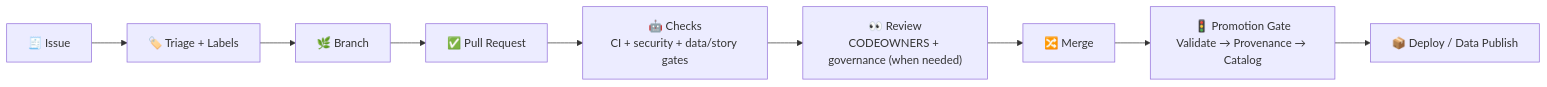
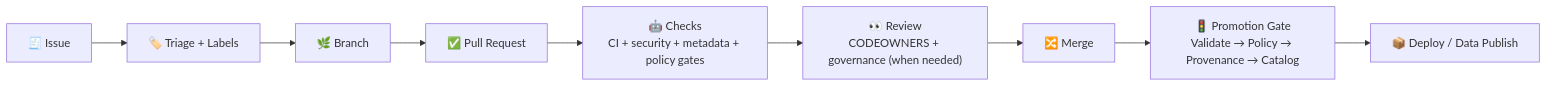
Before and after one commit to bartytime4life/Kansas-Frontier-Matrix: the second of 3 diagrams in .github/README.md, drawn with Mermaid. The commit also changed other lines of this file, not shown here.

````diff
--- a/.github/README.md
+++ b/.github/README.md
@@ -200,11 +219,11 @@
 ```mermaid
 flowchart LR
   I["🧾 Issue"] --> T["🏷️ Triage + Labels"]
   T --> B["🌿 Branch"]
   B --> P["✅ Pull Request"]
-  P --> C["🤖 Checks<br/>CI + security + data/story gates"]
+  P --> C["🤖 Checks<br/>CI + security + metadata + policy gates"]
   C --> R["👀 Review<br/>CODEOWNERS + governance (when needed)"]
   R --> M["🔀 Merge"]
-  M --> G["🚦 Promotion Gate<br/>Validate → Provenance → Catalog"]
+  M --> G["🚦 Promotion Gate<br/>Validate → Policy → Provenance → Catalog"]
   G --> D["📦 Deploy / Data Publish"]
 ```
````
